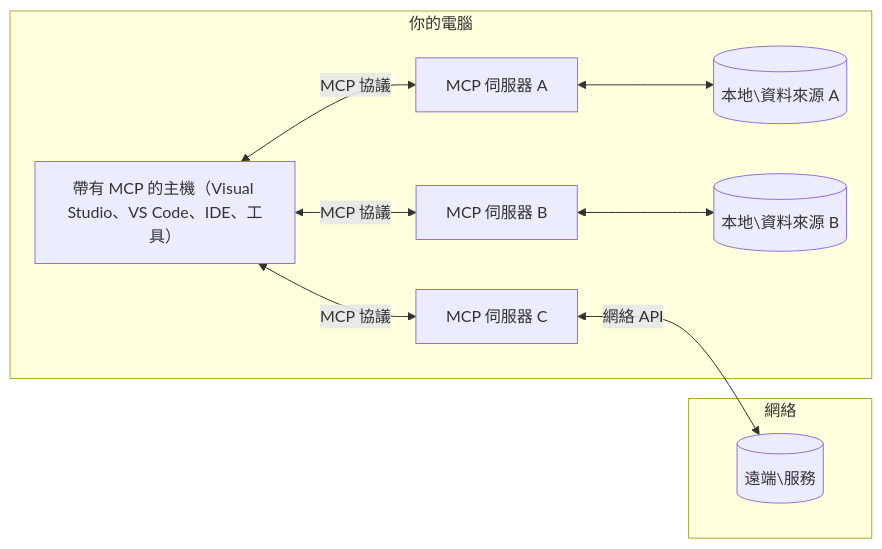
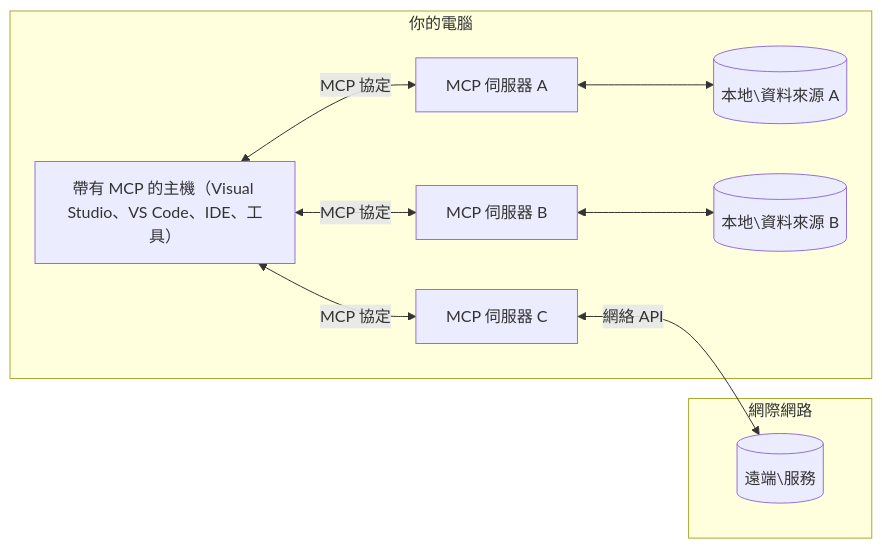
Before and after one commit to Mu-L/mcp-for-beginners: the diagram in translations/zh-HK/01-CoreConcepts/README.md, drawn with Mermaid. The commit also changed other lines of this file and 5 other files, not shown here.

````diff
--- a/translations/zh-HK/01-CoreConcepts/README.md
+++ b/translations/zh-HK/01-CoreConcepts/README.md
@@ -44,17 +45,17 @@
 ```mermaid
 flowchart LR
     subgraph "你的電腦"
         Host["帶有 MCP 的主機（Visual Studio、VS Code、IDE、工具）"]
         S1["MCP 伺服器 A"]
         S2["MCP 伺服器 B"]
         S3["MCP 伺服器 C"]
-        Host <-->|"MCP 協議"| S1
-        Host <-->|"MCP 協議"| S2
-        Host <-->|"MCP 協議"| S3
+        Host <-->|"MCP 協定"| S1
+        Host <-->|"MCP 協定"| S2
+        Host <-->|"MCP 協定"| S3
         S1 <--> D1[("本地\資料來源 A")]
         S2 <--> D2[("本地\資料來源 B")]
     end
-    subgraph "網絡"
+    subgraph "網際網路"
         S3 <-->|"網絡 API"| D3[("遠端\服務")]
     end
 ```
````
